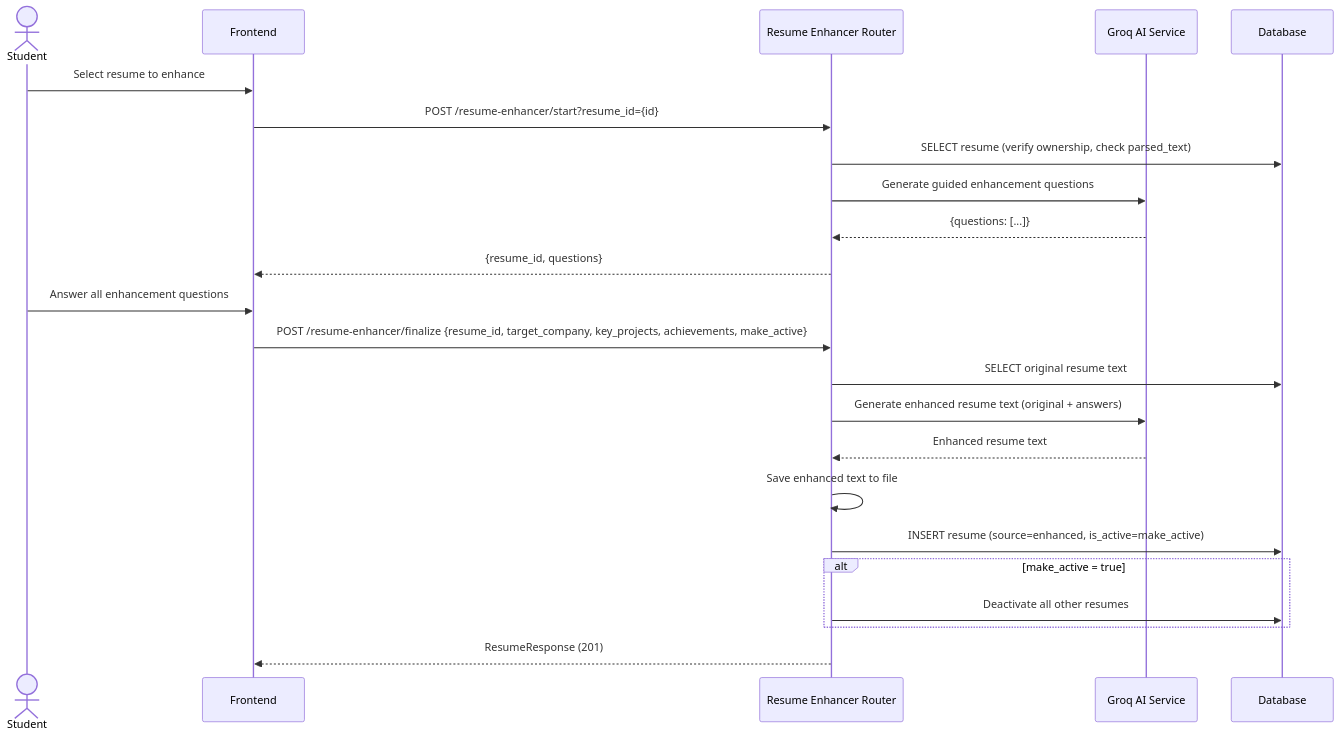
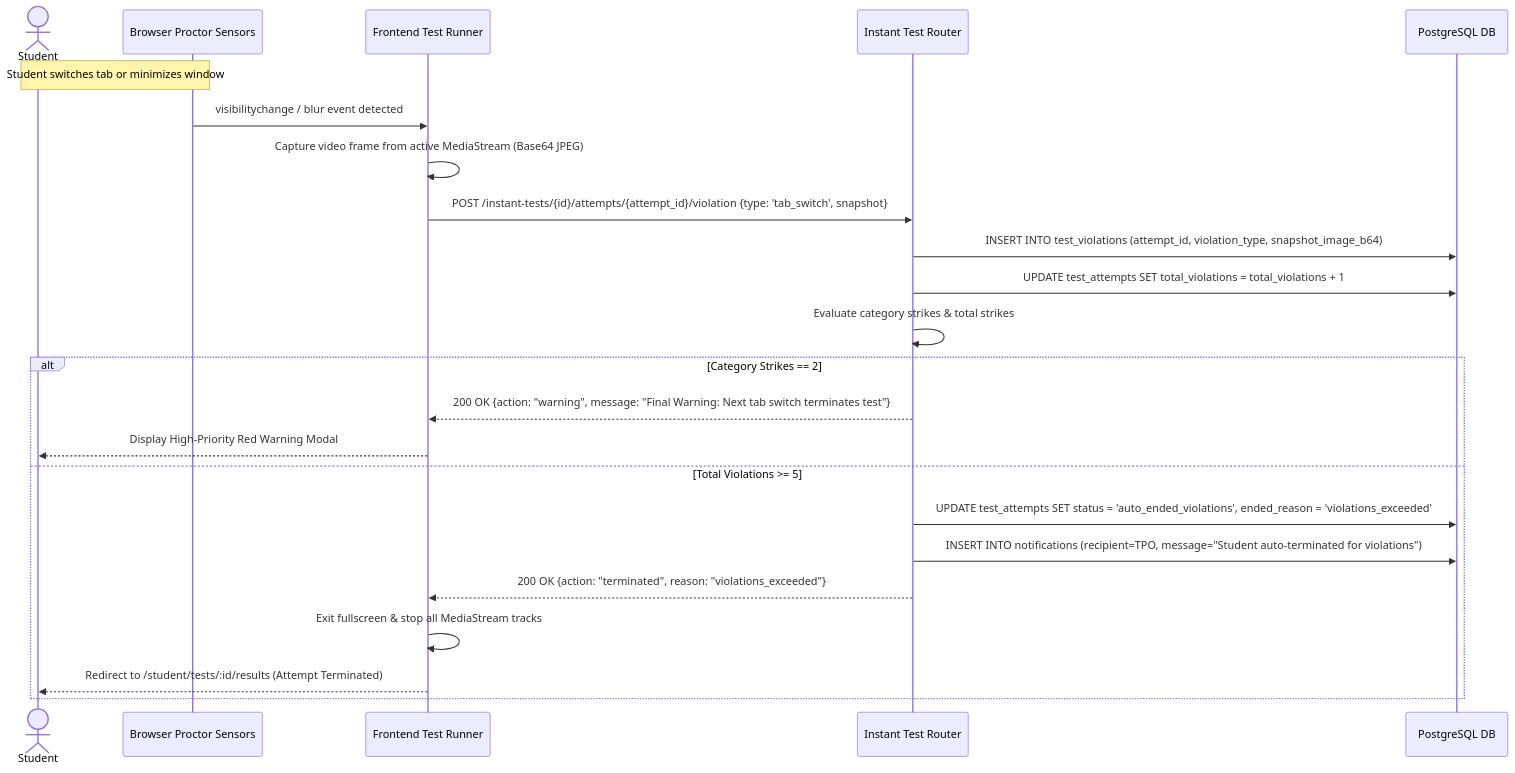
One commit to prathamraval33/7th-sem-project changed diagram 17 of 39 in info.md. Above: the diagram before and after it, drawn with Mermaid. The commit also changed other lines of this file and 11 other files, not shown here.

````diff
--- a/info.md
+++ b/info.md
@@ -1272,27 +2444,26 @@
 ```mermaid
 sequenceDiagram
     actor Student
-    participant FE as Frontend
-    participant Enhancer as Resume Enhancer Router
-    participant Groq as Groq AI Service
-    participant DB as Database
+    participant Sensors as Browser Proctor Sensors
+    participant FE as Frontend Test Runner
+    participant TestRouter as Instant Test Router
+    participant DB as PostgreSQL DB
 
-    Student->>FE: Select resume to enhance
-    FE->>Enhancer: POST /resume-enhancer/start?resume_id={id}
-    Enhancer->>DB: SELECT resume (verify ownership, check parsed_text)
-    Enhancer->>Groq: Generate guided enhancement questions
-    Groq-->>Enhancer: {questions: [...]}
-    Enhancer-->>FE: {resume_id, questions}
-
-    Student->>FE: Answer all enhancement questions
-    FE->>Enhancer: POST /resume-enhancer/finalize {resume_id, target_company, key_projects, achievements, make_active}
-    Enhancer->>DB: SELECT original resume text
-    Enhancer->>Groq: Generate enhanced resume text (original + answers)
-    Groq-->>Enhancer: Enhanced resume text
-    Enhancer->>Enhancer: Save enhanced text to file
-    Enhancer->>DB: INSERT resume (source=enhanced, is_active=make_active)
-    alt make_active = true
-        Enhancer->>DB: Deactivate all other resumes
+    Note over Student, Sensors: Student switches tab or minimizes window
+    Sensors->>FE: visibilitychange / blur event detected
+    FE->>FE: Capture video frame from active MediaStream (Base64 JPEG)
+    FE->>TestRouter: POST /instant-tests/{id}/attempts/{attempt_id}/violation {type: 'tab_switch', snapshot}
+    TestRouter->>DB: INSERT INTO test_violations (attempt_id, violation_type, snapshot_image_b64)
+    TestRouter->>DB: UPDATE test_attempts SET total_violations = total_violations + 1
+    TestRouter->>TestRouter: Evaluate category strikes & total strikes
+    alt Category Strikes == 2
+        TestRouter-->>FE: 200 OK {action: "warning", message: "Final Warning: Next tab switch terminates test"}
+        FE-->>Student: Display High-Priority Red Warning Modal
+    else Total Violations >= 5
+        TestRouter->>DB: UPDATE test_attempts SET status = 'auto_ended_violations', ended_reason = 'violations_exceeded'
+        TestRouter->>DB: INSERT INTO notifications (recipient=TPO, message="Student auto-terminated for violations")
+        TestRouter-->>FE: 200 OK {action: "terminated", reason: "violations_exceeded"}
+        FE->>FE: Exit fullscreen & stop all MediaStream tracks
+        FE-->>Student: Redirect to /student/tests/:id/results (Attempt Terminated)
     end
-    Enhancer-->>FE: ResumeResponse (201)
 ```
````
